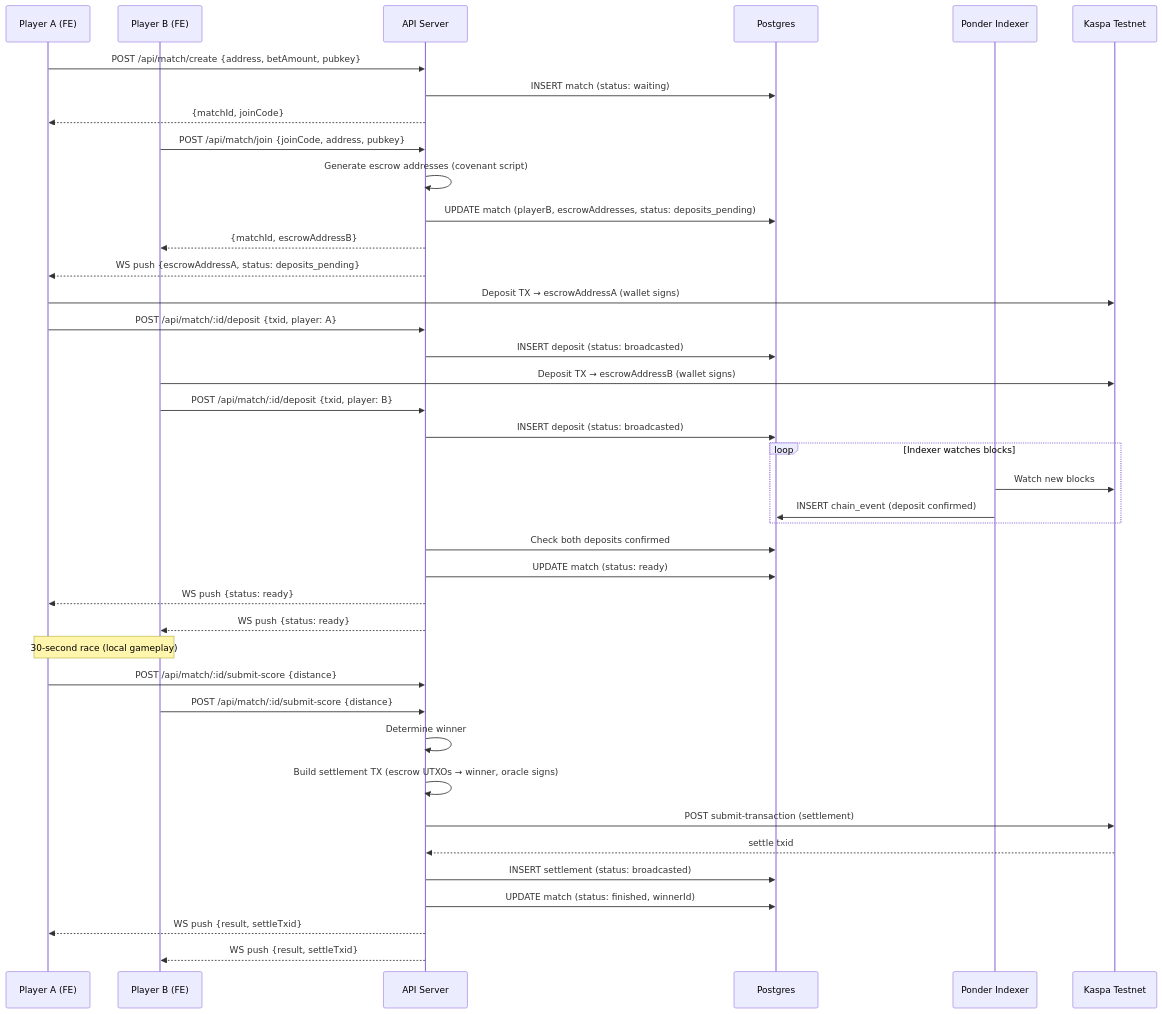
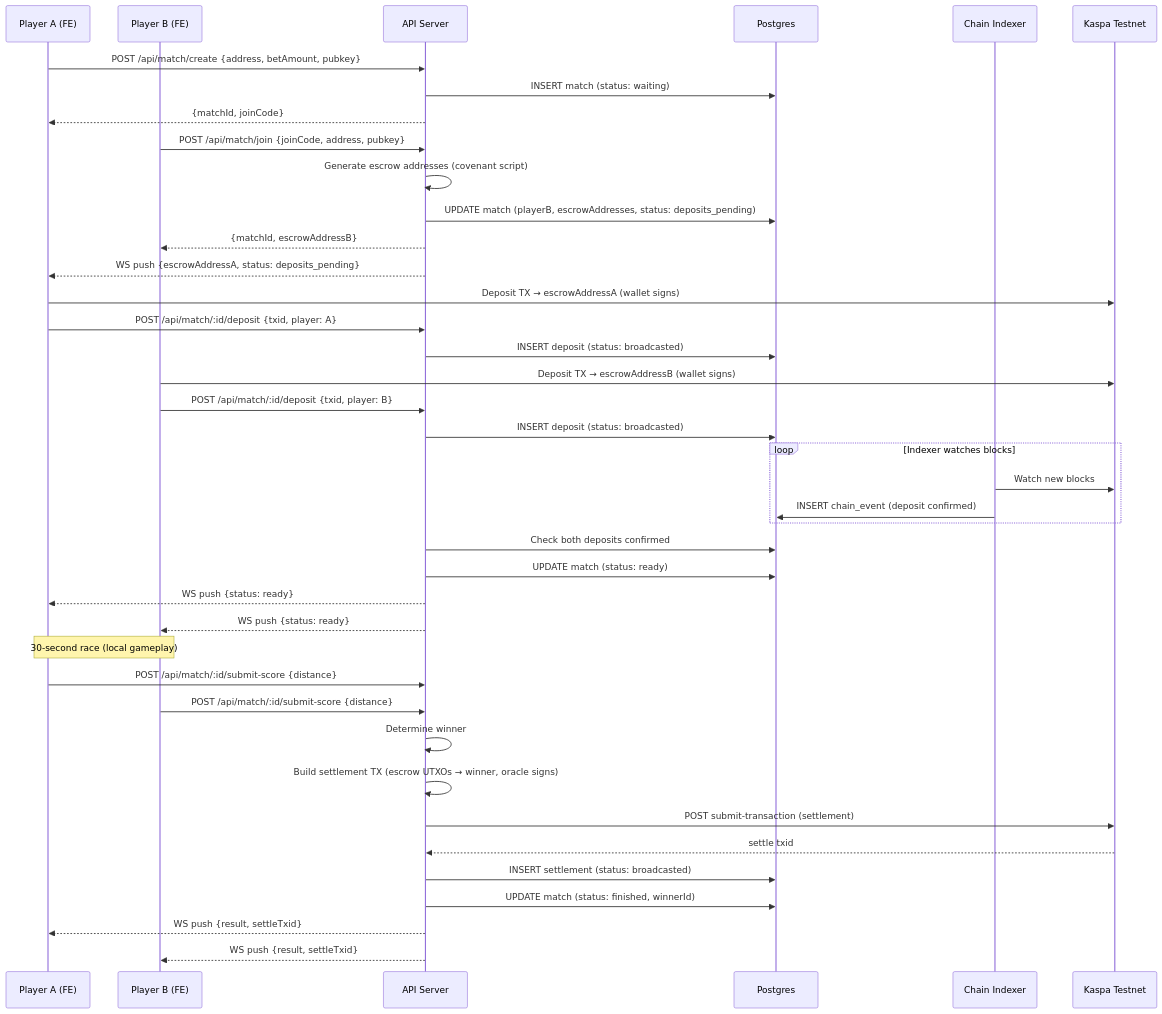
Before and after one commit to IHB1-Foundation/KAS-Racing: the third of 7 diagrams in docs/ARCHITECTURE.md, drawn with Mermaid. The commit also changed other lines of this file and 20 other files, not shown here.

````diff
--- a/docs/ARCHITECTURE.md
+++ b/docs/ARCHITECTURE.md
@@ -169,55 +169,55 @@
 ```mermaid
 sequenceDiagram
     participant A as Player A (FE)
     participant B as Player B (FE)
     participant API as API Server
     participant PG as Postgres
-    participant IDX as Ponder Indexer
+    participant IDX as Chain Indexer
     participant K as Kaspa Testnet
 
     %% Match creation
     A->>API: POST /api/match/create {address, betAmount, pubkey}
     API->>PG: INSERT match (status: waiting)
     API-->>A: {matchId, joinCode}
 
     B->>API: POST /api/match/join {joinCode, address, pubkey}
     API->>API: Generate escrow addresses (covenant script)
     API->>PG: UPDATE match (playerB, escrowAddresses, status: deposits_pending)
     API-->>B: {matchId, escrowAddressB}
     API-->>A: WS push {escrowAddressA, status: deposits_pending}
 
     %% Deposits
     A->>K: Deposit TX → escrowAddressA (wallet signs)
     A->>API: POST /api/match/:id/deposit {txid, player: A}
     API->>PG: INSERT deposit (status: broadcasted)
 
     B->>K: Deposit TX → escrowAddressB (wallet signs)
     B->>API: POST /api/match/:id/deposit {txid, player: B}
     API->>PG: INSERT deposit (status: broadcasted)
 
     loop Indexer watches blocks
         IDX->>K: Watch new blocks
         IDX->>PG: INSERT chain_event (deposit confirmed)
     end
 
     API->>PG: Check both deposits confirmed
     API->>PG: UPDATE match (status: ready)
     API-->>A: WS push {status: ready}
     API-->>B: WS push {status: ready}
 
     %% Race
     Note over A,B: 30-second race (local gameplay)
 
     A->>API: POST /api/match/:id/submit-score {distance}
     B->>API: POST /api/match/:id/submit-score {distance}
     API->>API: Determine winner
 
     %% Settlement
     API->>API: Build settlement TX (escrow UTXOs → winner, oracle signs)
     API->>K: POST submit-transaction (settlement)
     K-->>API: settle txid
     API->>PG: INSERT settlement (status: broadcasted)
     API->>PG: UPDATE match (status: finished, winnerId)
     API-->>A: WS push {result, settleTxid}
     API-->>B: WS push {result, settleTxid}
 ```
````
